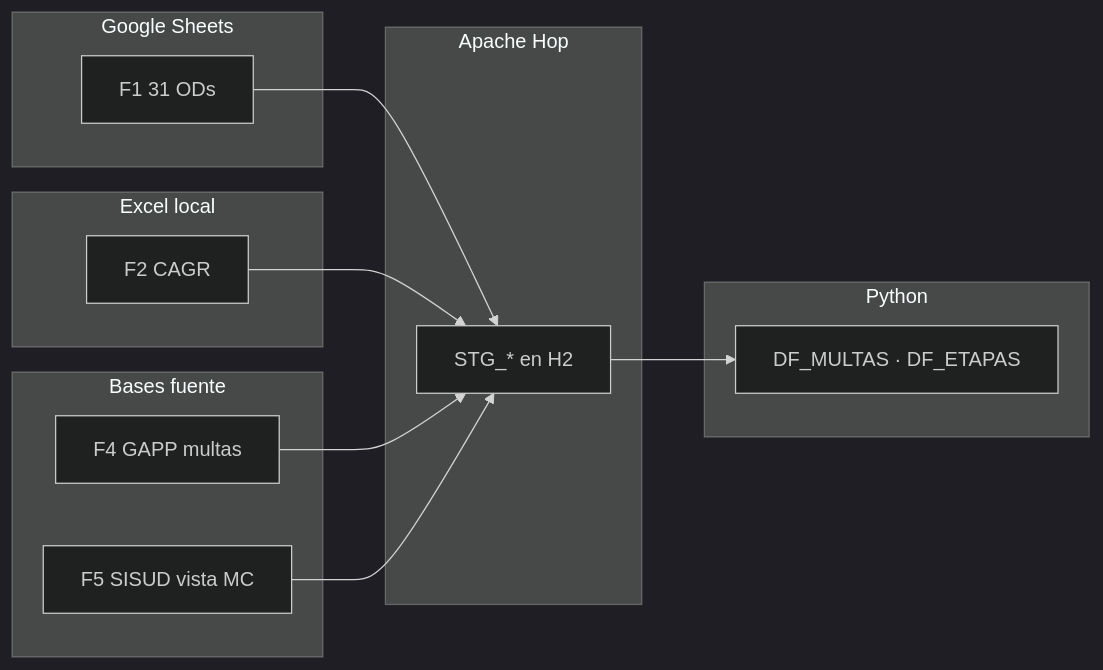
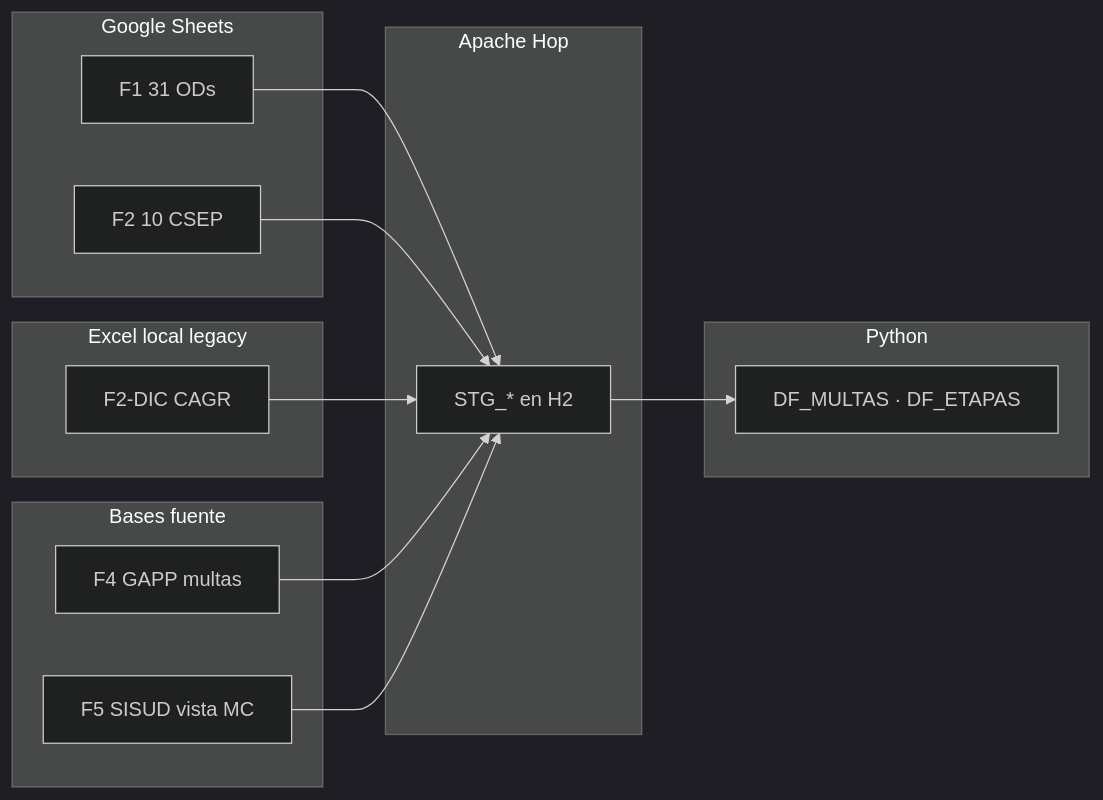
One commit to nwodevops/multa_informes_etl changed the diagram in docs/inputs/README.md. Above: the diagram before and after it, drawn with Mermaid (dark theme). The commit also changed other lines of this file and 30 other files, not shown here.

````diff
--- a/docs/inputs/README.md
+++ b/docs/inputs/README.md
@@ -28,29 +29,31 @@
 ```mermaid
 flowchart LR
   subgraph sheets [Google Sheets]
     F1["F1 31 ODs"]
+    F2["F2 10 CSEP"]
   end
 
-  subgraph excel [Excel local]
-    F2["F2 CAGR"]
+  subgraph excel [Excel local legacy]
+    DIC["F2-DIC CAGR"]
   end
 
   subgraph remoto [Bases fuente]
     F4["F4 GAPP multas"]
     F5["F5 SISUD vista MC"]
   end
 
   subgraph hop [Apache Hop]
     STG["STG_* en H2"]
   end
 
   subgraph py [Python]
     DF["DF_MULTAS · DF_ETAPAS"]
   end
 
   F1 --> STG
   F2 --> STG
+  DIC --> STG
   F4 --> STG
   F5 --> STG
   STG --> DF
 ```
````
